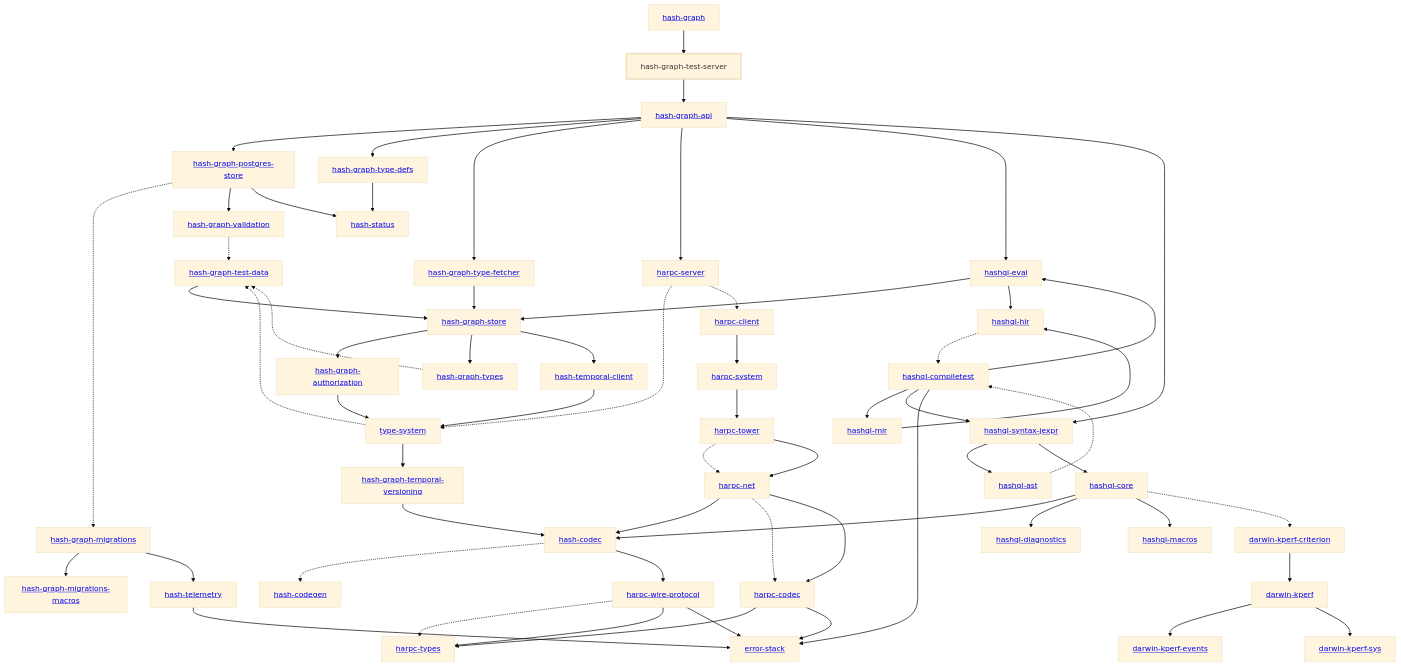
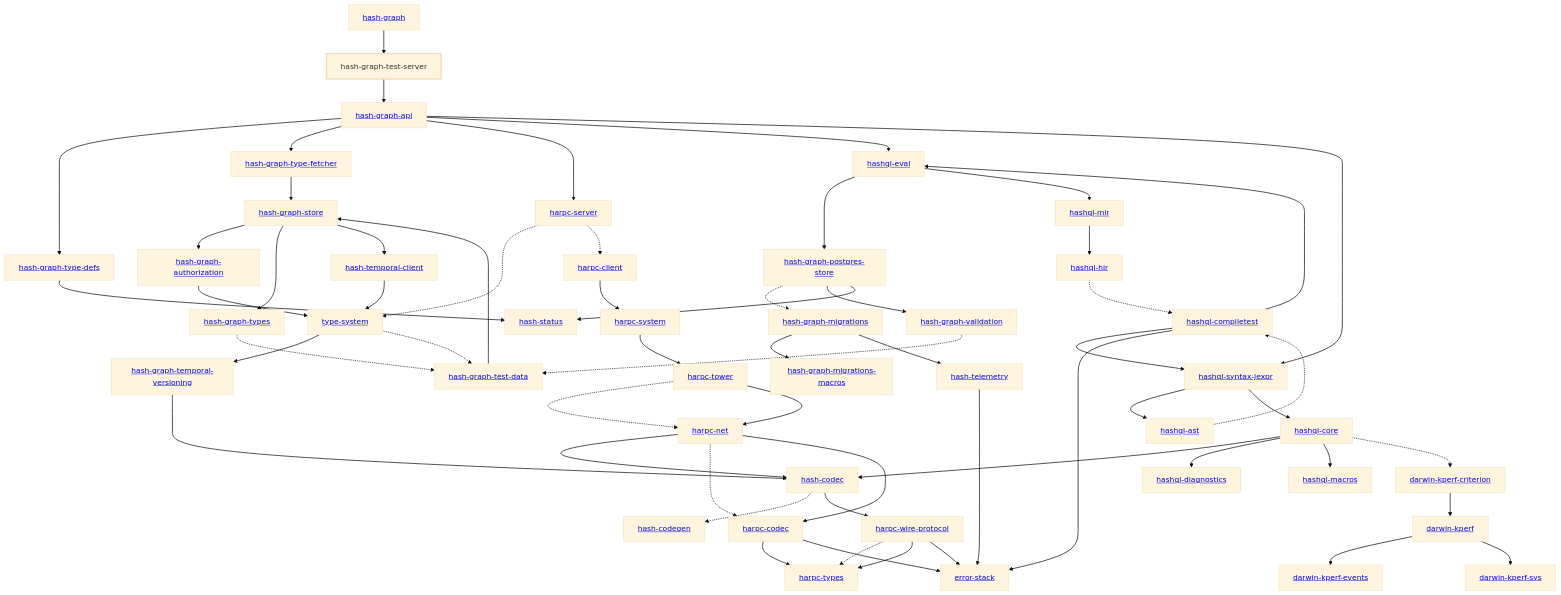
Before and after one commit to hashintel/hash: the diagram in libs/@local/graph/test-server/docs/dependency-diagram.mmd, drawn with Mermaid (base theme). The commit also changed 69 other files, not shown here.

```diff
--- a/libs/@local/graph/test-server/docs/dependency-diagram.mmd
+++ b/libs/@local/graph/test-server/docs/dependency-diagram.mmd
@@ -1,114 +1,112 @@
 graph TD
     linkStyle default stroke-width:1.5px
     classDef default stroke-width:1px
     classDef root stroke-width:3px
     classDef dev stroke-width:1px
     classDef build stroke-width:1px
     %% Legend
     %% --> : Normal dependency
     %% -.-> : Dev dependency
     %% ---> : Build dependency
     0[<a href="../hash_graph/index.html">hash-graph</a>]
     1[<a href="../type_system/index.html">type-system</a>]
     2[<a href="../hash_codec/index.html">hash-codec</a>]
     3[<a href="../hash_codegen/index.html">hash-codegen</a>]
     4[<a href="../hash_graph_api/index.html">hash-graph-api</a>]
     5[<a href="../hash_graph_authorization/index.html">hash-graph-authorization</a>]
     6[<a href="../hash_graph_migrations/index.html">hash-graph-migrations</a>]
     7[<a href="../hash_graph_migrations_macros/index.html">hash-graph-migrations-macros</a>]
     8[<a href="../hash_graph_postgres_store/index.html">hash-graph-postgres-store</a>]
     9[<a href="../hash_graph_store/index.html">hash-graph-store</a>]
     10[<a href="../hash_graph_temporal_versioning/index.html">hash-graph-temporal-versioning</a>]
     11[hash-graph-test-server]
     class 11 root
     12[<a href="../hash_graph_type_defs/index.html">hash-graph-type-defs</a>]
     13[<a href="../hash_graph_type_fetcher/index.html">hash-graph-type-fetcher</a>]
     14[<a href="../hash_graph_types/index.html">hash-graph-types</a>]
     15[<a href="../hash_graph_validation/index.html">hash-graph-validation</a>]
     16[<a href="../harpc_client/index.html">harpc-client</a>]
     17[<a href="../harpc_codec/index.html">harpc-codec</a>]
     18[<a href="../harpc_net/index.html">harpc-net</a>]
     19[<a href="../harpc_server/index.html">harpc-server</a>]
     20[<a href="../harpc_system/index.html">harpc-system</a>]
     21[<a href="../harpc_tower/index.html">harpc-tower</a>]
     22[<a href="../harpc_types/index.html">harpc-types</a>]
     23[<a href="../harpc_wire_protocol/index.html">harpc-wire-protocol</a>]
     24[<a href="../hashql_ast/index.html">hashql-ast</a>]
     25[<a href="../hashql_compiletest/index.html">hashql-compiletest</a>]
     26[<a href="../hashql_core/index.html">hashql-core</a>]
     27[<a href="../hashql_diagnostics/index.html">hashql-diagnostics</a>]
     28[<a href="../hashql_eval/index.html">hashql-eval</a>]
     29[<a href="../hashql_hir/index.html">hashql-hir</a>]
     30[<a href="../hashql_macros/index.html">hashql-macros</a>]
     31[<a href="../hashql_mir/index.html">hashql-mir</a>]
     32[<a href="../hashql_syntax_jexpr/index.html">hashql-syntax-jexpr</a>]
     33[<a href="../hash_status/index.html">hash-status</a>]
     34[<a href="../hash_telemetry/index.html">hash-telemetry</a>]
     35[<a href="../hash_temporal_client/index.html">hash-temporal-client</a>]
     36[<a href="../darwin_kperf/index.html">darwin-kperf</a>]
     37[<a href="../darwin_kperf_criterion/index.html">darwin-kperf-criterion</a>]
     38[<a href="../darwin_kperf_events/index.html">darwin-kperf-events</a>]
     39[<a href="../darwin_kperf_sys/index.html">darwin-kperf-sys</a>]
     40[<a href="../error_stack/index.html">error-stack</a>]
     41[<a href="../hash_graph_test_data/index.html">hash-graph-test-data</a>]
     0 --> 11
     1 --> 10
     1 -.-> 41
     2 -.-> 3
     2 --> 23
-    4 --> 8
     4 --> 12
     4 --> 13
     4 --> 19
     4 --> 28
     4 --> 32
     5 --> 1
     6 --> 7
     6 --> 34
     8 -.-> 6
     8 --> 15
     8 --> 33
     9 --> 5
     9 --> 14
     9 --> 35
     10 --> 2
     11 --> 4
     12 --> 33
     13 --> 9
     14 -.-> 41
     15 -.-> 41
     16 --> 20
     17 --> 22
     17 --> 40
     18 --> 2
     18 -.-> 17
     18 --> 17
     19 -.-> 1
     19 -.-> 16
     20 --> 21
     21 -.-> 18
     21 --> 18
     23 -.-> 22
     23 --> 22
     23 --> 40
     24 -.-> 25
     25 --> 28
-    25 --> 31
     25 --> 32
     25 --> 40
     26 --> 2
     26 --> 27
     26 --> 30
     26 -.-> 37
-    28 --> 9
-    28 --> 29
+    28 --> 8
+    28 --> 31
     29 -.-> 25
     31 --> 29
     32 --> 24
     32 --> 26
     34 --> 40
     35 --> 1
     36 --> 38
     36 --> 39
     37 --> 36
     41 --> 9
```
